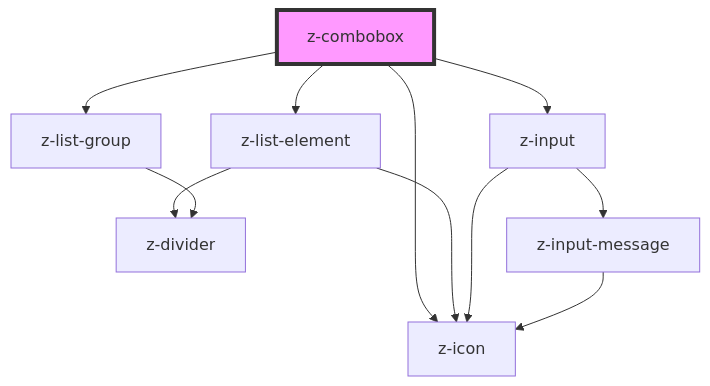
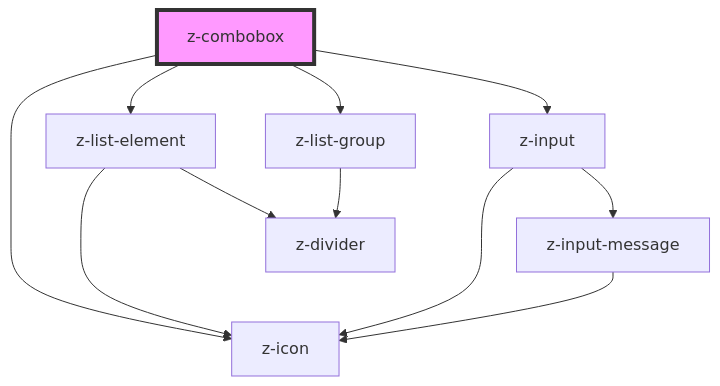
The diagram in src/components/z-combobox/readme.md (ZanichelliEditore/design-system), drawn with Mermaid before and after one commit. The commit also changed other lines of this file and 6 other files, not shown here.

````diff
--- a/src/components/z-combobox/readme.md
+++ b/src/components/z-combobox/readme.md
@@ -71,14 +72,14 @@
 ```mermaid
 graph TD;
   z-combobox --> z-icon
   z-combobox --> z-list-element
+  z-combobox --> z-list-group
   z-combobox --> z-input
-  z-combobox --> z-list-group
   z-list-element --> z-icon
   z-list-element --> z-divider
+  z-list-group --> z-divider
   z-input --> z-icon
   z-input --> z-input-message
   z-input-message --> z-icon
-  z-list-group --> z-divider
   style z-combobox fill:#f9f,stroke:#333,stroke-width:4px
 ```
````
